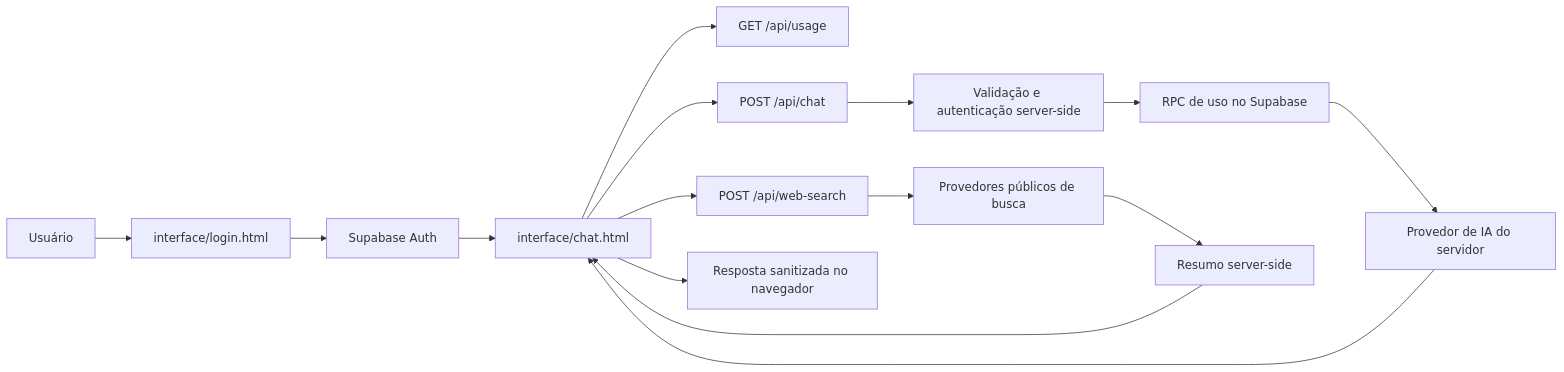
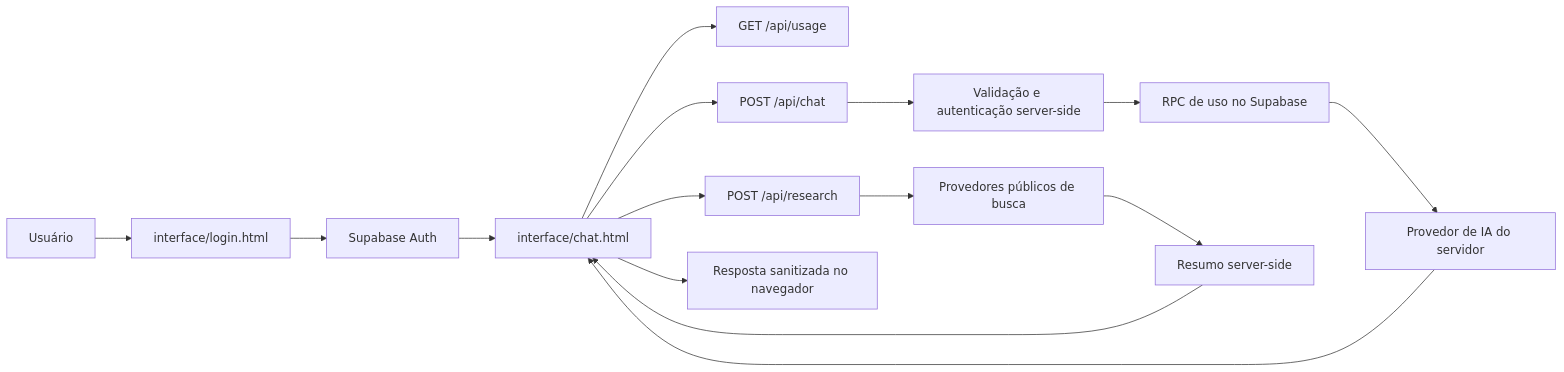
One commit to jeanvicen/KAZER changed the diagram in README.md. Above: the diagram before and after it, drawn with Mermaid. The commit also changed other lines of this file and 15 other files, not shown here.

Commit message:
Replace legacy web search with research orchestrator

````diff
--- a/README.md
+++ b/README.md
@@ -70,17 +70,17 @@
 ```mermaid
 flowchart LR
     U[Usuário] --> L[interface/login.html]
     L --> A[Supabase Auth]
     A --> C[interface/chat.html]
     C --> S[GET /api/usage]
     C --> H[POST /api/chat]
-    C --> W[POST /api/web-search]
+    C --> W[POST /api/research]
     H --> V[Validação e autenticação server-side]
     V --> R[RPC de uso no Supabase]
     R --> G[Provedor de IA do servidor]
     W --> B[Provedores públicos de busca]
     B --> M[Resumo server-side]
     G --> C
     M --> C
     C --> P[Resposta sanitizada no navegador]
 ```
````
